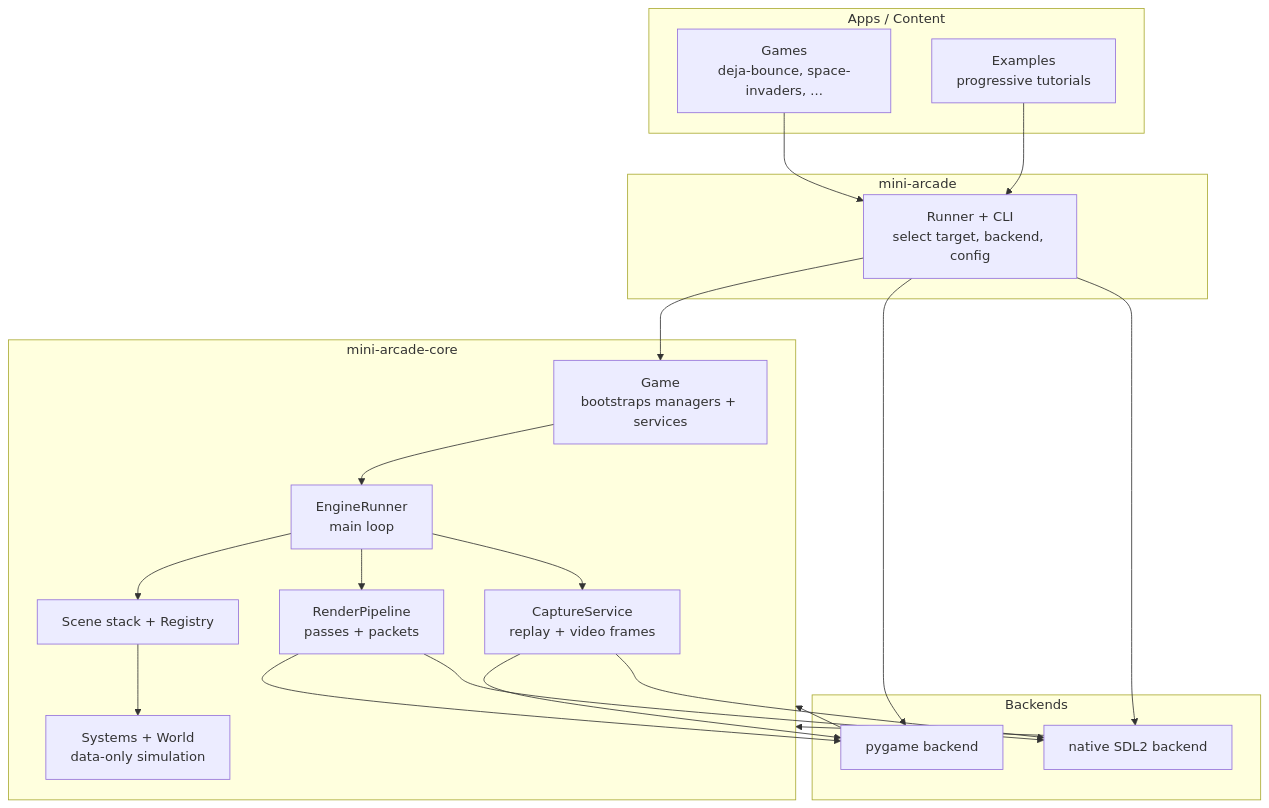
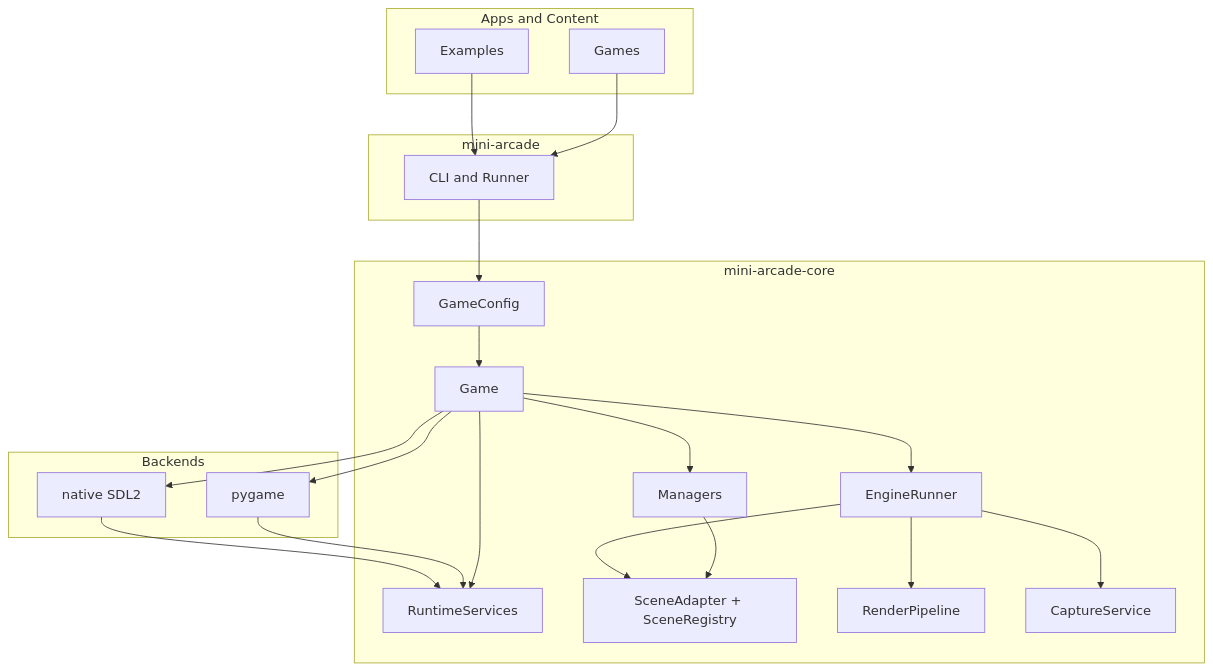
The first of 2 diagrams in docs/source/concepts/architecture.md (trivox-io/mini-arcade), drawn with Mermaid before and after one commit. The commit also changed other lines of this file and 22 other files, not shown here.

````diff
--- a/docs/source/concepts/architecture.md
+++ b/docs/source/concepts/architecture.md
@@ -45,44 +30,44 @@
-```{mermaid} id="7e5kc8"
+```{mermaid}
 flowchart TD
-  subgraph Apps["Apps / Content"]
-    G[Games<br/>deja-bounce, space-invaders, ...]
-    E[Examples<br/>progressive tutorials]
+  subgraph Content[Apps and Content]
+    G[Games]
+    E[Examples]
   end
 
-  subgraph Runner["mini-arcade"]
-    CLI[Runner + CLI<br/>select target, backend, config]
+  subgraph Product[mini-arcade]
+    CLI[CLI and Runner]
   end
 
-  subgraph Core["mini-arcade-core"]
-    Game[Game<br/>bootstraps managers + services]
-    Loop[EngineRunner<br/>main loop]
-    Scenes[Scene stack + Registry]
-    Sim[Systems + World<br/>data-only simulation]
-    Render[RenderPipeline<br/>passes + packets]
-    Cap[CaptureService<br/>replay + video frames]
+  subgraph Core[mini-arcade-core]
+    CFG[GameConfig]
+    GAME[Game]
+    MGR[Managers]
+    SVC[RuntimeServices]
+    LOOP[EngineRunner]
+    SCN[SceneAdapter + SceneRegistry]
+    RP[RenderPipeline]
+    CAP[CaptureService]
   end
 
-  subgraph Backends["Backends"]
-    PYG[pygame backend]
-    NAT[native SDL2 backend]
+  subgraph Backends[Backends]
+    PYG[pygame]
+    NAT[native SDL2]
   end
 
   G --> CLI
   E --> CLI
-  CLI --> Game
-  Game --> Loop
-  Loop --> Scenes
-  Scenes --> Sim
-  Loop --> Render
-  Loop --> Cap
+  CLI --> CFG
+  CFG --> GAME
+  GAME --> MGR
+  GAME --> SVC
+  GAME --> LOOP
+  MGR --> SCN
+  LOOP --> SCN
+  LOOP --> RP
+  LOOP --> CAP
 
-  CLI --> PYG
-  CLI --> NAT
-  PYG --> Core
-  NAT --> Core
-
-  Render --> PYG
-  Render --> NAT
-  Cap --> PYG
-  Cap --> NAT
+  GAME --> PYG
+  GAME --> NAT
+  PYG --> SVC
+  NAT --> SVC
 ```
````
